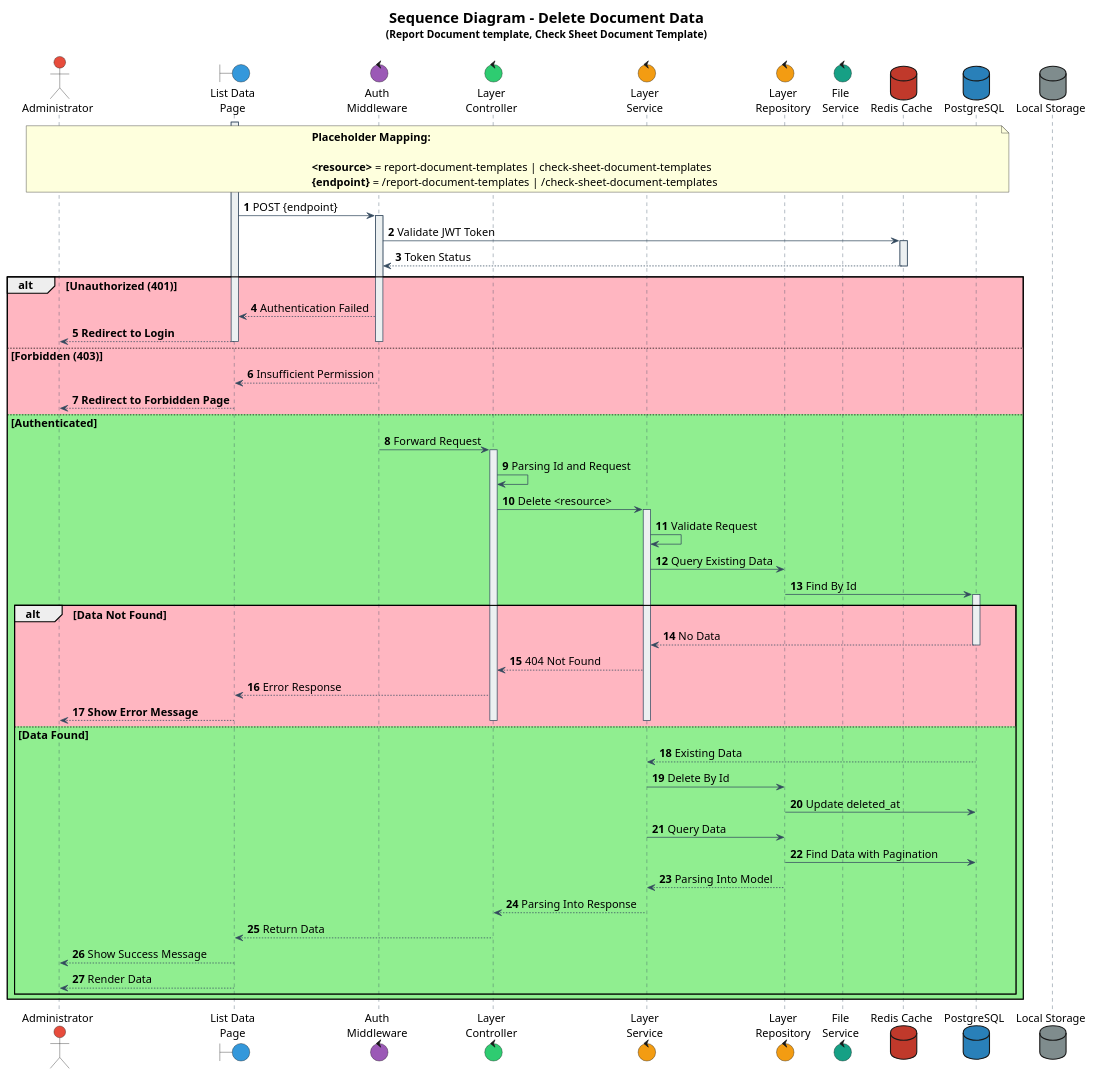
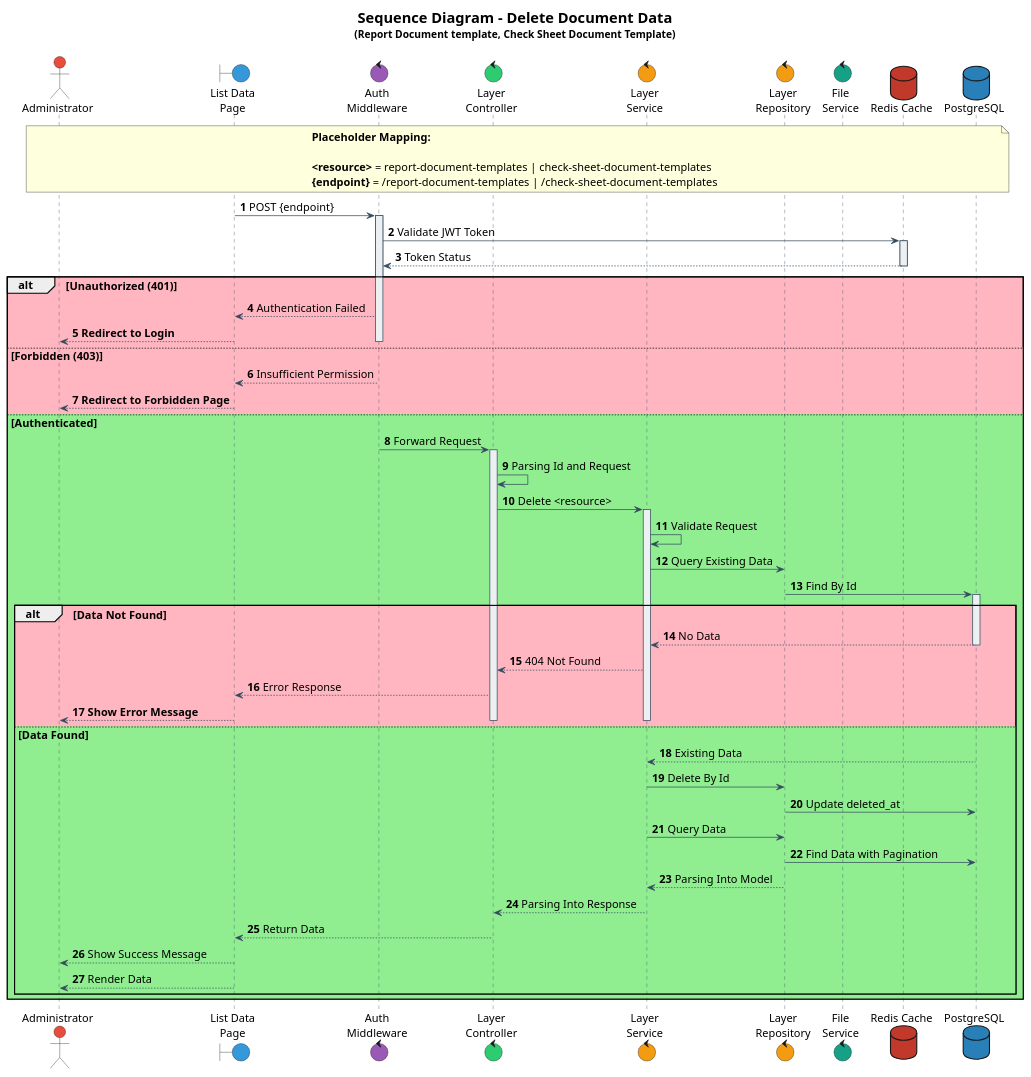
One commit to IntConnect/go-intconnect-api changed the diagram in documentation/sequence/document/template/delete.puml. Above: the diagram before and after it, drawn with PlantUML. The commit also changed 7 other files, not shown here.

```diff
--- a/documentation/sequence/document/template/delete.puml
+++ b/documentation/sequence/document/template/delete.puml
@@ -1,124 +1,122 @@
 @startuml
 
 ' Font configuration
 skinparam defaultFontName Times New Roman
 skinparam defaultFontSize 15
 
 ' Participant styling
 skinparam participant {
     BackgroundColor #ECF0F1
     BorderColor #34495E
     FontColor Black
     FontName Times New Roman
     FontSize 15
 }
 
 skinparam sequence {
     ArrowColor #34495E
     LifeLineBorderColor #34495E
     LifeLineBackgroundColor #ECF0F1
     ArrowFontName Times New Roman
     ArrowFontSize 15
 }
 
 skinparam actorFontSize 15
 skinparam noteFontSize 15
 skinparam noteFontName "Times New Roman"
 
 ' Actors and components
 actor "Administrator" as admin #E74C3C
 boundary "List Data\nPage" as boundListData #3498DB
 control "Auth\nMiddleware" as authMiddleware #9B59B6
 control "Layer\nController" as controller #2ECC71
 control "Layer\nService" as service #F39C12
 control "Layer\nRepository" as repository #F39C12
 control "File\nService" as fileService #16A085
 database "Redis Cache" as dbRedis #C0392B
 database "PostgreSQL" as dbPsql #2980B9
-database "Local Storage" as localStorage #7F8C8D
 
 title
 <size:20><b>Sequence Diagram - Delete Document Data</b></size>
 <size:14>(Report Document template, Check Sheet Document Template)</size>
 ----
 end title
 
 autonumber
 
 note over admin, dbPsql
     **Placeholder Mapping:**
 
     <b><resource></b> = report-document-templates | check-sheet-document-templates
     <b>{endpoint}</b> = /report-document-templates | /check-sheet-document-templates
 end note
 
-activate boundListData
 
 boundListData -> authMiddleware: POST {endpoint}
 activate authMiddleware
 
 authMiddleware -> dbRedis: Validate JWT Token
 activate dbRedis
 dbRedis --> authMiddleware: Token Status
 deactivate dbRedis
 
 alt #LightPink Unauthorized (401)
     authMiddleware --> boundListData: Authentication Failed
     boundListData --> admin: **Redirect to Login**
     deactivate authMiddleware
     deactivate boundListData
 else #LightPink Forbidden (403)
     authMiddleware --> boundListData: Insufficient Permission
     boundListData --> admin: **Redirect to Forbidden Page**
     deactivate authMiddleware
     deactivate boundListData
 else #LightGreen Authenticated
 
     authMiddleware -> controller: Forward Request
     deactivate authMiddleware
     activate controller
 
     controller -> controller: Parsing Id and Request
     controller -> service: Delete <resource>
     activate service
 
 service -> service: Validate Request
     service -> repository: Query Existing Data
     repository -> dbPsql: Find By Id
     activate dbPsql
 
     alt #LightPink Data Not Found
         dbPsql --> service: No Data
         deactivate dbPsql
         service --> controller: 404 Not Found
         controller --> boundListData: Error Response
         boundListData --> admin: **Show Error Message**
         deactivate service
         deactivate controller
         deactivate boundListData
 
     else #LightGreen Data Found
         dbPsql --> service: Existing Data
 
 
         service -> repository: Delete By Id
         repository -> dbPsql: Update deleted_at
         service -> repository: Query Data
         repository -> dbPsql: Find Data with Pagination
         repository --> service: Parsing Into Model
         deactivate dbPsql
 
         service --> controller: Parsing Into Response
         deactivate service
 
         controller --> boundListData: Return Data
         deactivate controller
 
         boundListData --> admin: Show Success Message
         boundListData --> admin: Render Data
 
 
     end
 end
 
 @enduml
```
